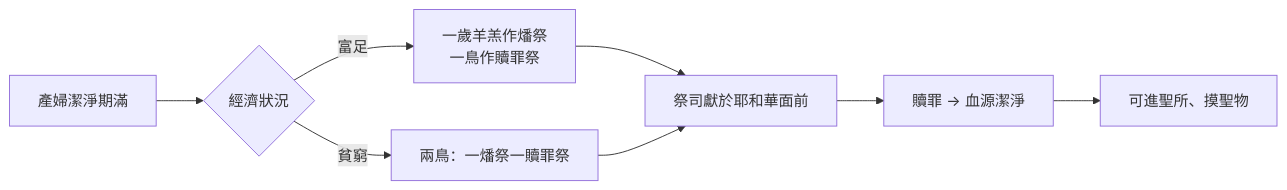
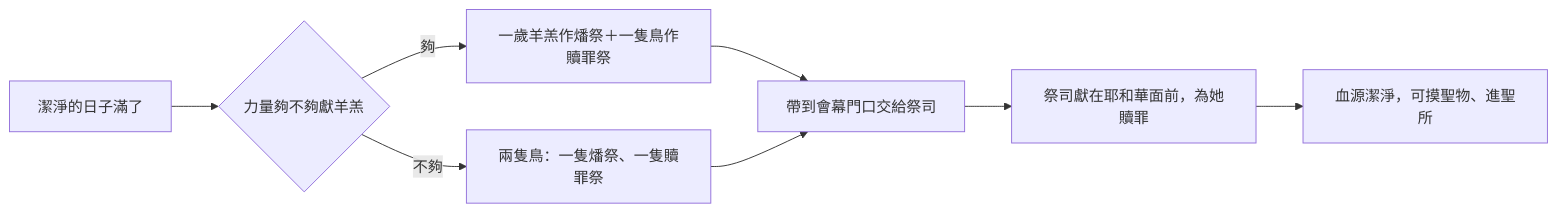
Before and after one commit to andyjr5566/Bible_wiki_zh: the second of 2 diagrams in 03 利未記/第12章.md, drawn with Mermaid. The commit also changed other lines of this file and 33 other files, not shown here.

````diff
--- a/03 利未記/第12章.md
+++ b/03 利未記/第12章.md
@@ -85,10 +107,10 @@
 ```mermaid
 flowchart LR
-    A[產婦潔淨期滿] --> B{經濟狀況}
-    B -->|富足| C[一歲羊羔作燔祭<br/>一鳥作贖罪祭]
-    B -->|貧窮| D[兩鳥：一燔祭一贖罪祭]
-    C --> E[祭司獻於耶和華面前]
+    A["潔淨的日子滿了"] --> B{"力量夠不夠獻羊羔"}
+    B -->|"夠"| C["一歲羊羔作燔祭＋一隻鳥作贖罪祭"]
+    B -->|"不夠"| D["兩隻鳥：一隻燔祭、一隻贖罪祭"]
+    C --> E["帶到會幕門口交給祭司"]
     D --> E
-    E --> F[贖罪 → 血源潔淨]
-    F --> G[可進聖所、摸聖物]
+    E --> F["祭司獻在耶和華面前，為她贖罪"]
+    F --> G["血源潔淨，可摸聖物、進聖所"]
 ```
````
